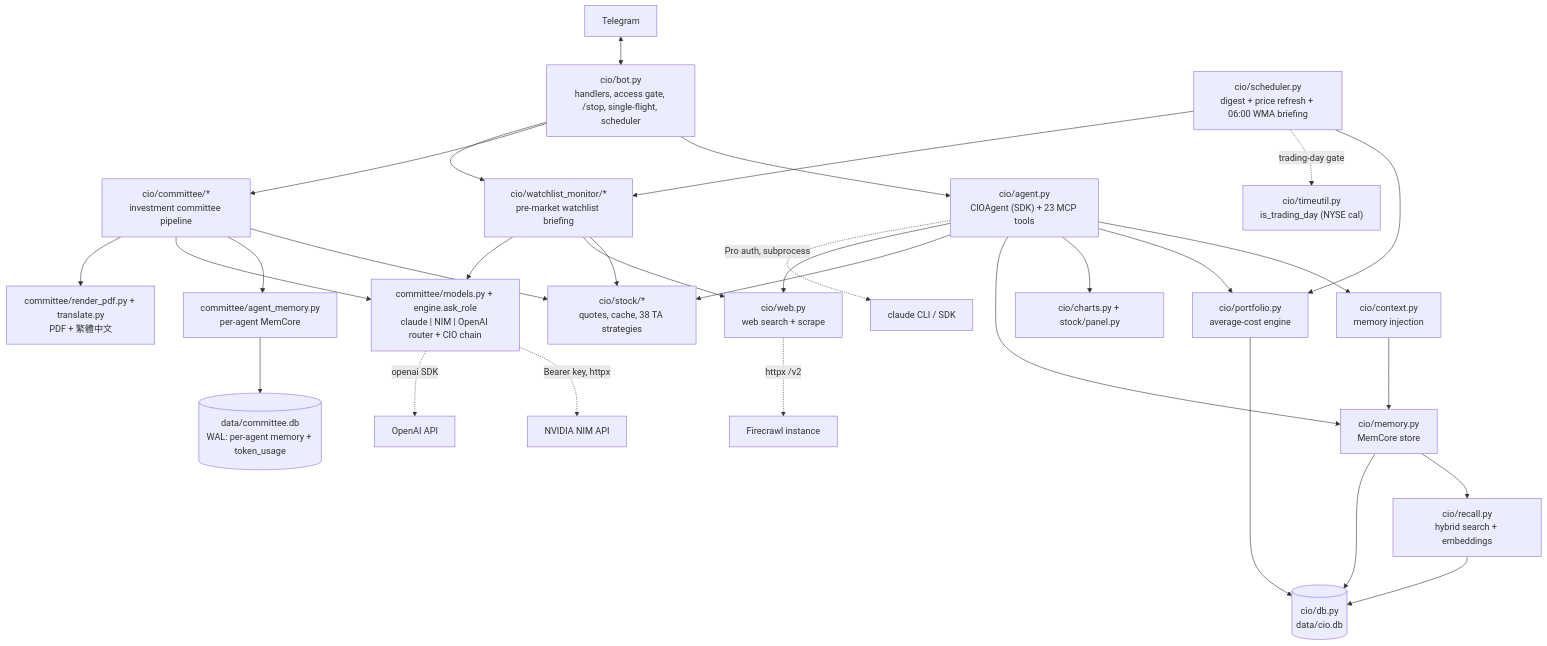
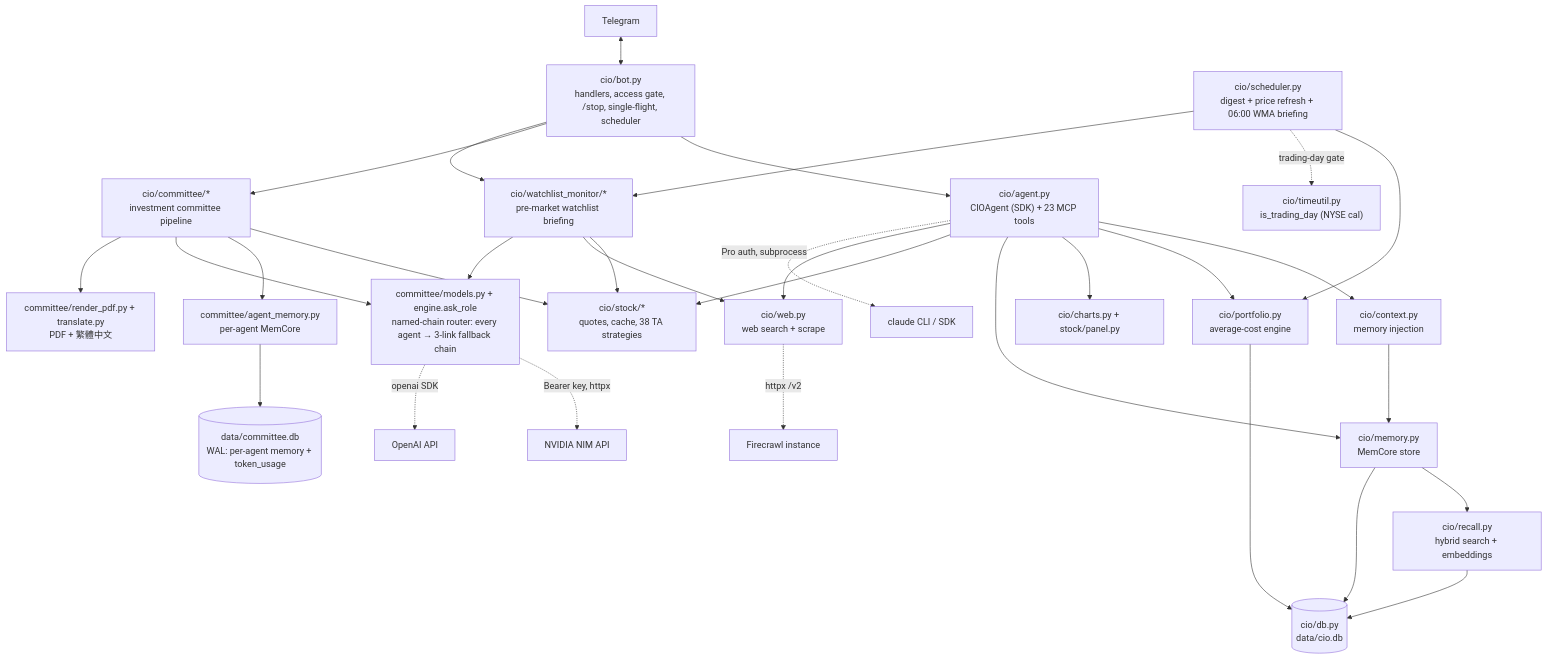
The first of 6 diagrams in docs/TECHNICAL_REPORT.md (cloudaipro/CIOAgent), drawn with Mermaid before and after one commit. The commit also changed other lines of this file and 2 other files, not shown here.

First line of the commit message:
docs: update README + technical reports for named fallback-chain mechanism

````diff
--- a/docs/TECHNICAL_REPORT.md
+++ b/docs/TECHNICAL_REPORT.md
@@ -38,33 +39,33 @@
 ```mermaid
 flowchart TD
     TG["Telegram"] <--> BOT["cio/bot.py<br/>handlers, access gate, /stop, single-flight, scheduler"]
     BOT --> AGENT["cio/agent.py<br/>CIOAgent (SDK) + 23 MCP tools"]
     BOT --> COMM["cio/committee/*<br/>investment committee pipeline"]
     BOT --> WMA["cio/watchlist_monitor/*<br/>pre-market watchlist briefing"]
     AGENT --> CTX["cio/context.py<br/>memory injection"]
     AGENT --> PORT["cio/portfolio.py<br/>average-cost engine"]
     AGENT --> CHARTS["cio/charts.py + stock/panel.py"]
     AGENT --> MEM["cio/memory.py<br/>MemCore store"]
     AGENT --> STK["cio/stock/*<br/>quotes, cache, 38 TA strategies"]
     AGENT --> WEB["cio/web.py<br/>web search + scrape"]
     MEM --> RECALL["cio/recall.py<br/>hybrid search + embeddings"]
     CTX --> MEM
     COMM --> STK
     COMM --> AMEM["committee/agent_memory.py<br/>per-agent MemCore"]
-    COMM --> MODELS["committee/models.py + engine.ask_role<br/>claude | NIM | OpenAI router + CIO chain"]
+    COMM --> MODELS["committee/models.py + engine.ask_role<br/>named-chain router: every agent → 3-link fallback chain"]
     COMM --> PDF["committee/render_pdf.py + translate.py<br/>PDF + 繁體中文"]
     AMEM --> CDB[("data/committee.db<br/>WAL: per-agent memory + token_usage")]
     PORT --> DB[("cio/db.py<br/>data/cio.db")]
     MEM --> DB
     RECALL --> DB
     SCHED["cio/scheduler.py<br/>digest + price refresh + 06:00 WMA briefing"] --> PORT
     SCHED -. "trading-day gate" .-> TU["cio/timeutil.py<br/>is_trading_day (NYSE cal)"]
     SCHED --> WMA
     WMA --> STK
     WMA --> WEB
     WMA --> MODELS
     AGENT -. "Pro auth, subprocess" .-> CLAUDE["claude CLI / SDK"]
     WEB -. "httpx /v2" .-> FC["Firecrawl instance"]
     MODELS -. "Bearer key, httpx" .-> NIM["NVIDIA NIM API"]
     MODELS -. "openai SDK" .-> OAI["OpenAI API"]
 ```
````
